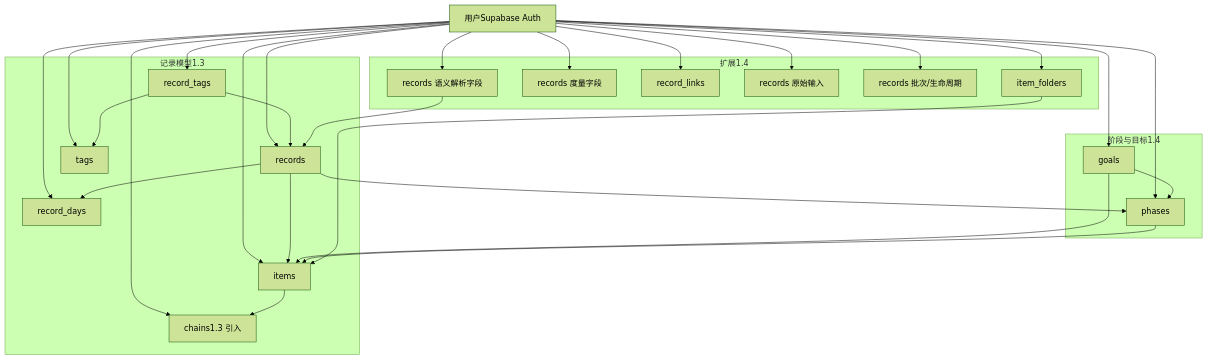
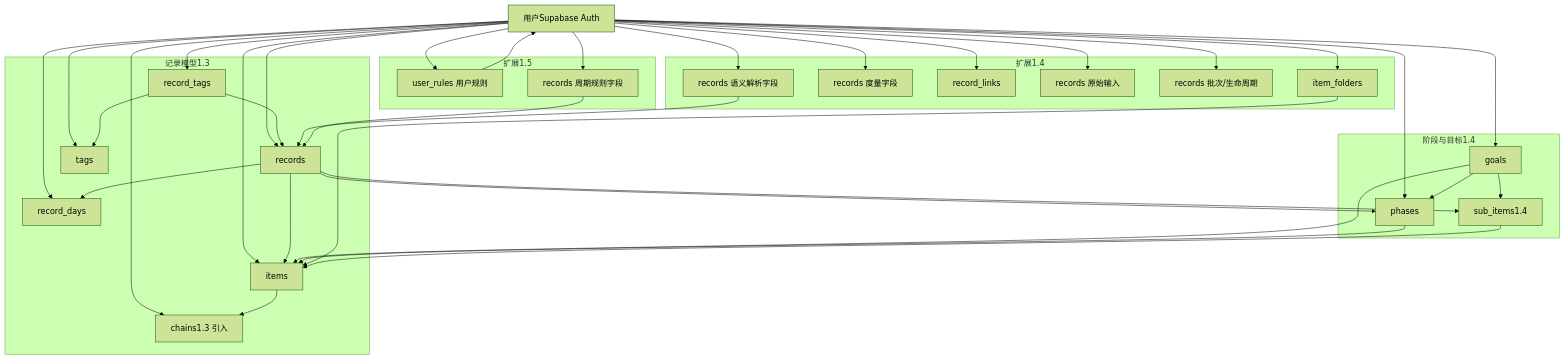
One commit to bbong1234/TETO changed the second of 10 diagrams in .qoder/repowiki/zh/content/数据库设计/数据库设计.md. Above: the diagram before and after it, drawn with Mermaid (forest theme). The commit also changed other lines of this file and 10 other files, not shown here.

````diff
--- a/.qoder/repowiki/zh/content/数据库设计/数据库设计.md
+++ b/.qoder/repowiki/zh/content/数据库设计/数据库设计.md
@@ -134,49 +158,61 @@
 ```mermaid
 graph TB
 U["用户Supabase Auth"]
 subgraph "记录模型1.3"
 RD["record_days"]
 IT["items"]
 CH["chains1.3 引入"]
 RC["records"]
 TG["tags"]
 RT["record_tags"]
 end
 subgraph "阶段与目标1.4"
 GO["goals"]
 PH["phases"]
+SI["sub_items1.4"]
 end
 subgraph "扩展1.4"
 IF["item_folders"]
 RM["records 度量字段"]
 RL["record_links"]
 RO["records 原始输入"]
 LB["records 批次/生命周期"]
 PS["records 语义解析字段"]
+end
+subgraph "扩展1.5"
+UR["user_rules 用户规则"]
+PR["records 周期规则字段"]
 end
 U --> RD
 U --> IT
 U --> CH
 U --> RC
 U --> TG
 U --> RT
 U --> GO
 U --> PH
 U --> IF
 U --> RM
 U --> RL
 U --> RO
 U --> LB
 U --> PS
+U --> UR
+U --> PR
 IT --> CH
 RC --> RD
 RC --> IT
 RC --> PH
+RC --> SI
 RT --> RC
 RT --> TG
 GO --> IT
 GO --> PH
+GO --> SI
 PH --> IT
 IF --> IT
+SI --> IT
+UR --> U
 PS --> RC
+PR --> RC
 ```
````
